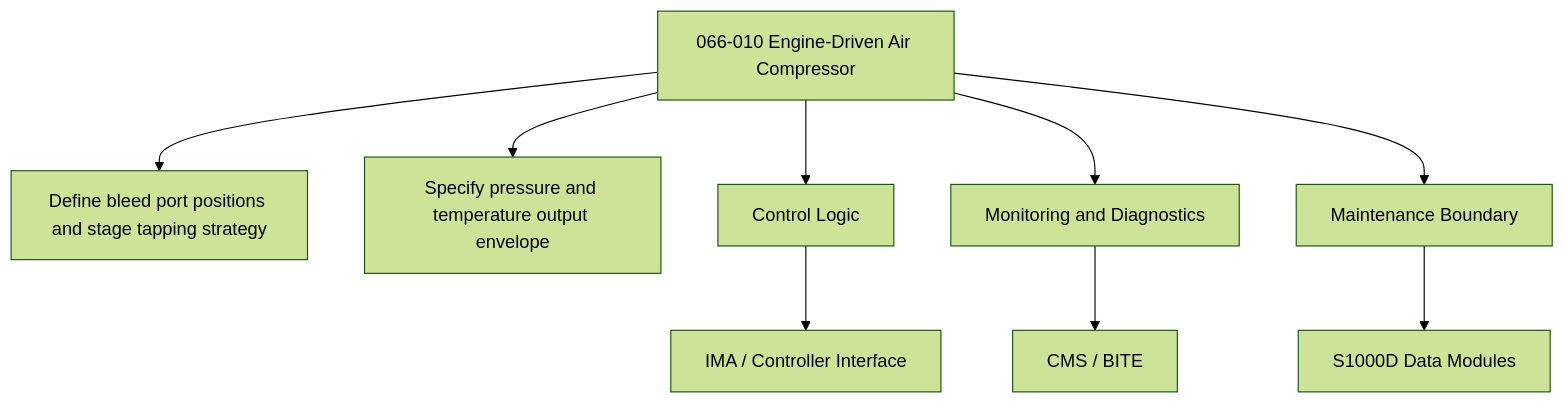
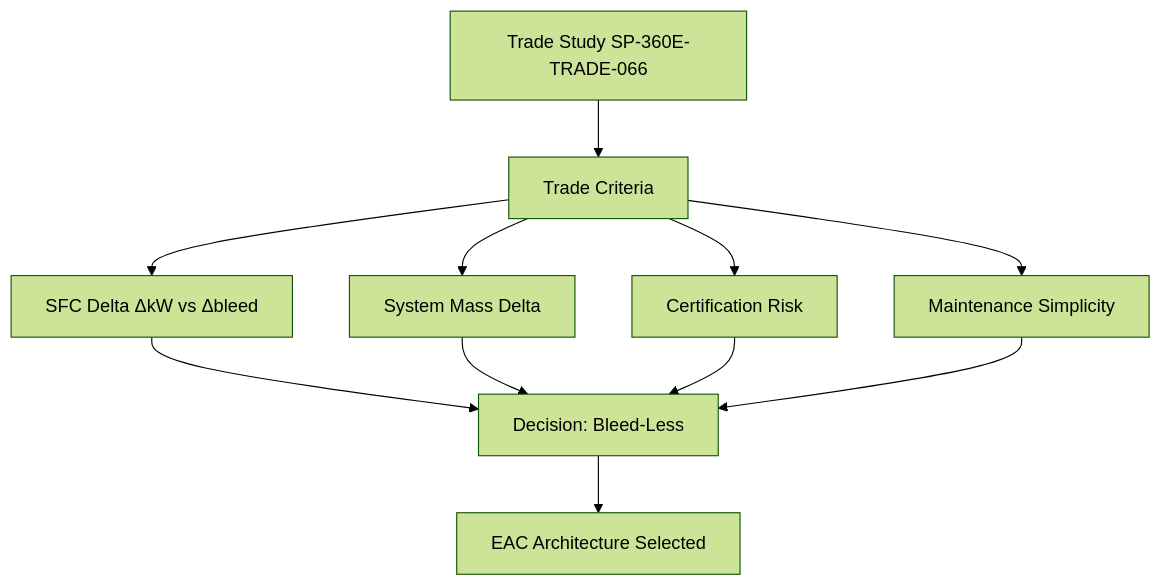
The second of 2 diagrams in Q+ATLANTIDE/000-099_ATLAS/060-069_Propulsion-Tradicional/066_Air-Compressor/066-010-Engine-Driven-Air-Compressor.md (AmedeoPelliccia/Qplus-For-All-Queer-People-and-Quantum), drawn with Mermaid (forest theme) before and after one commit. The commit also changed other lines of this file and 9 other files, not shown here.

First line of the commit message:
docs: rewrite 066_Air-Compressor — 10 files contextualized for AMPEL360E eWTW

````diff
--- a/Q+ATLANTIDE/000-099_ATLAS/060-069_Propulsion-Tradicional/066_Air-Compressor/066-010-Engine-Driven-Air-Compressor.md
+++ b/Q+ATLANTIDE/000-099_ATLAS/060-069_Propulsion-Tradicional/066_Air-Compressor/066-010-Engine-Driven-Air-Compressor.md
@@ -172,11 +113,13 @@
 ```mermaid
 flowchart TB
-    SYS[066-010 Engine-Driven Air Compressor] --> F1[Define bleed port positions and stage tapping strategy]
-    SYS --> F2[Specify pressure and temperature output envelope]
-    SYS --> CTRL[Control Logic]
-    SYS --> MON[Monitoring and Diagnostics]
-    SYS --> MAINT[Maintenance Boundary]
-    CTRL --> IMA[IMA / Controller Interface]
-    MON --> CMS[CMS / BITE]
-    MAINT --> CSDB[S1000D Data Modules]
+    TD[Trade Study SP-360E-TRADE-066] --> CRIT[Trade Criteria]
+    CRIT --> SFC[SFC Delta ΔkW vs Δbleed]
+    CRIT --> MASS[System Mass Delta]
+    CRIT --> CERT[Certification Risk]
+    CRIT --> MAINT[Maintenance Simplicity]
+    SFC --> DECISION[Decision: Bleed-Less]
+    MASS --> DECISION
+    CERT --> DECISION
+    MAINT --> DECISION
+    DECISION --> EAC_ARCH[EAC Architecture Selected]
 ```
````
